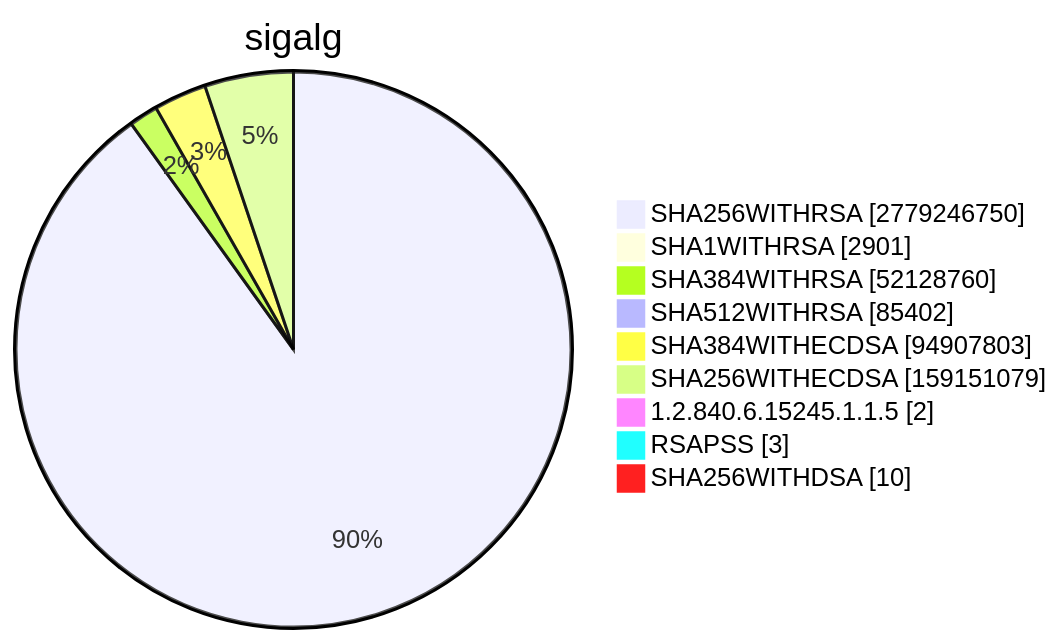
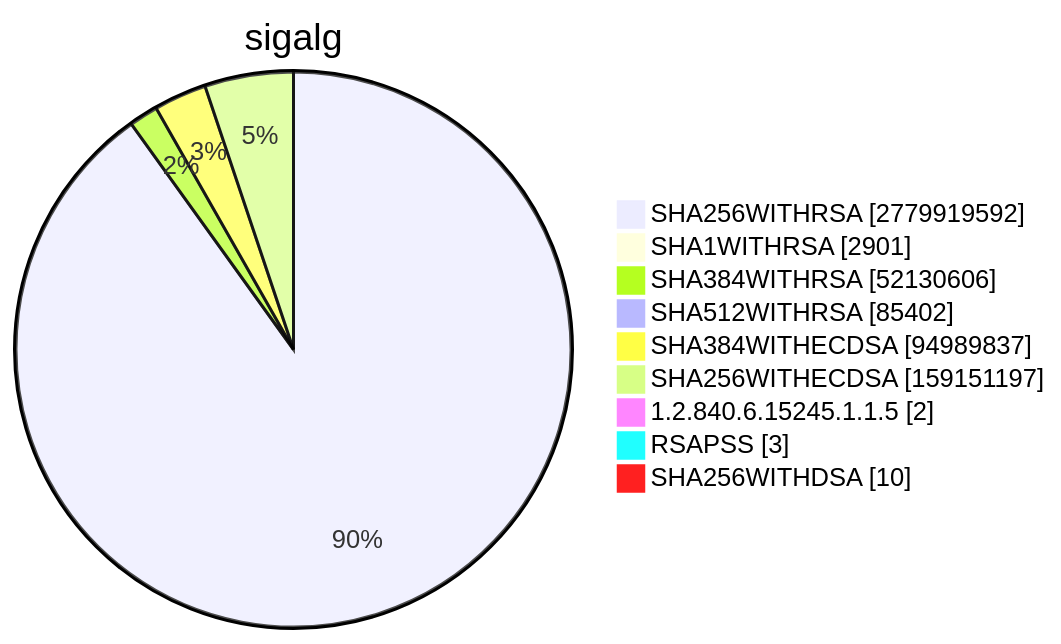
One commit to christiankrug/ctmonitor_visualization changed diagram 15 of 15 in TOTAL/README.md. Above: the diagram before and after it, drawn with Mermaid. The commit also changed other lines of this file, not shown here.

````diff
--- a/TOTAL/README.md
+++ b/TOTAL/README.md
@@ -6205,13 +6205,13 @@
 ```mermaid
 pie showData
 title sigalg
-"SHA256WITHRSA" :2779246750
+"SHA256WITHRSA" :2779919592
 "SHA1WITHRSA" :2901
-"SHA384WITHRSA" :52128760
+"SHA384WITHRSA" :52130606
 "SHA512WITHRSA" :85402
-"SHA384WITHECDSA" :94907803
-"SHA256WITHECDSA" :159151079
+"SHA384WITHECDSA" :94989837
+"SHA256WITHECDSA" :159151197
 "1.2.840.6.15245.1.1.5" :2
 "RSAPSS" :3
 "SHA256WITHDSA" :10
 ```
````
